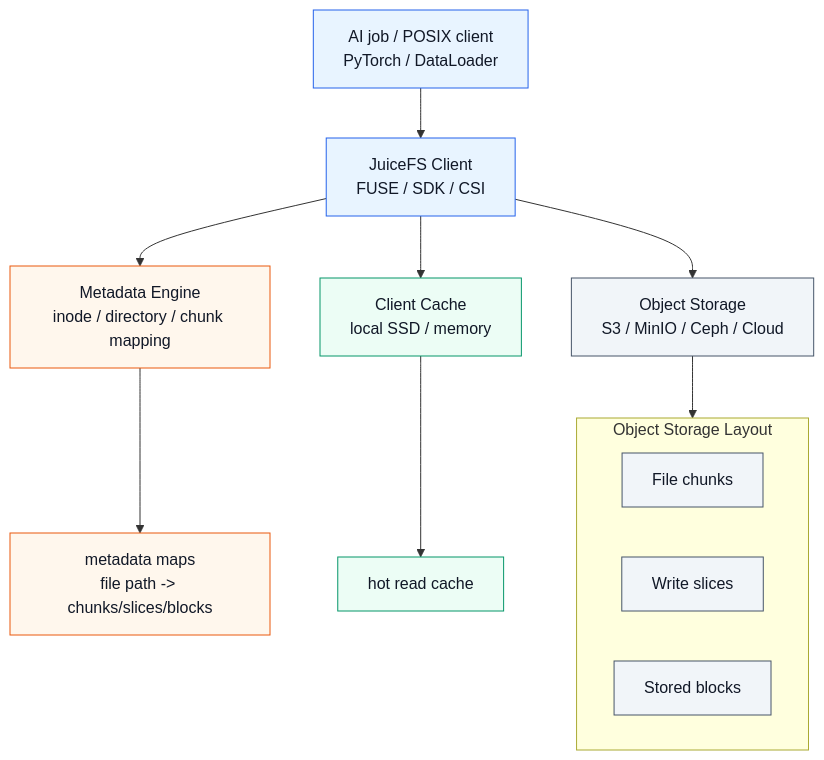
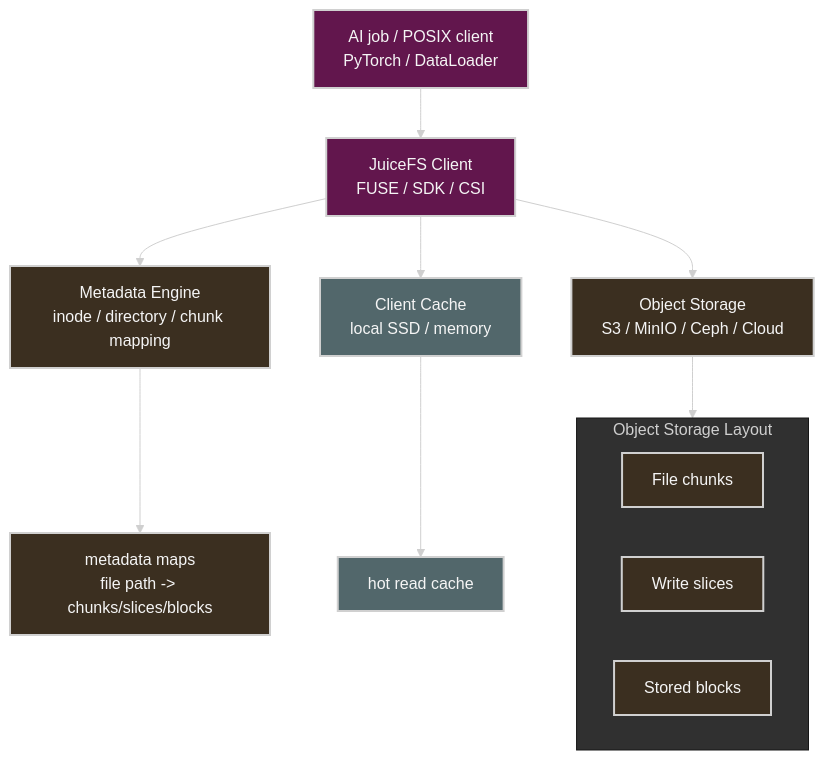
One commit to ziwon/ai-data-center-network changed the sixth of 6 diagrams in storage/zfs/README.md. Above: the diagram before and after it, drawn with Mermaid. The commit also changed other lines of this file and 35 other files, not shown here.

Commit message:
docs(mermaid): apply dark diagram style

````diff
--- a/storage/zfs/README.md
+++ b/storage/zfs/README.md
@@ -1311,26 +1316,27 @@
 ```mermaid
+%%{init: {"theme": "base", "themeVariables": {"background": "#171717", "primaryColor": "#232323", "primaryTextColor": "#f5f5f5", "primaryBorderColor": "#d0d0d0", "lineColor": "#cfcfcf", "fontFamily": "Inter, Arial, sans-serif"}}}%%
 flowchart TD
   app["AI job / POSIX client<br/>PyTorch / DataLoader"] --> client["JuiceFS Client<br/>FUSE / SDK / CSI"]
   client --> meta["Metadata Engine<br/>inode / directory / chunk mapping"]
   client --> cache["Client Cache<br/>local SSD / memory"]
   client --> obj["Object Storage<br/>S3 / MinIO / Ceph / Cloud"]
 
   subgraph object_layout["Object Storage Layout"]
     chunk["File chunks"]
     slice["Write slices"]
     block["Stored blocks"]
   end
 
   obj --> object_layout
   meta --> mapping["metadata maps<br/>file path -> chunks/slices/blocks"]
   cache --> fast["hot read cache"]
 
-  classDef clientClass fill:#e8f4ff,stroke:#2563eb,stroke-width:1px,color:#111827;
-  classDef metaClass fill:#fff7ed,stroke:#ea580c,stroke-width:1px,color:#111827;
-  classDef objectClass fill:#f1f5f9,stroke:#475569,stroke-width:1px,color:#111827;
-  classDef cacheClass fill:#ecfdf5,stroke:#059669,stroke-width:1px,color:#111827;
+  classDef clientClass fill:#62164d,stroke:#d0d0d0,color:#f5f5f5,stroke-width:2px;
+  classDef metaClass fill:#3b2f20,stroke:#d0d0d0,color:#f5f5f5,stroke-width:2px;
+  classDef objectClass fill:#3b2f20,stroke:#d0d0d0,color:#f5f5f5,stroke-width:2px;
+  classDef cacheClass fill:#52676b,stroke:#d0d0d0,color:#f5f5f5,stroke-width:2px;
   class client,app clientClass;
   class meta,mapping metaClass;
   class obj,chunk,slice,block objectClass;
   class cache,fast cacheClass;
 ```
````
